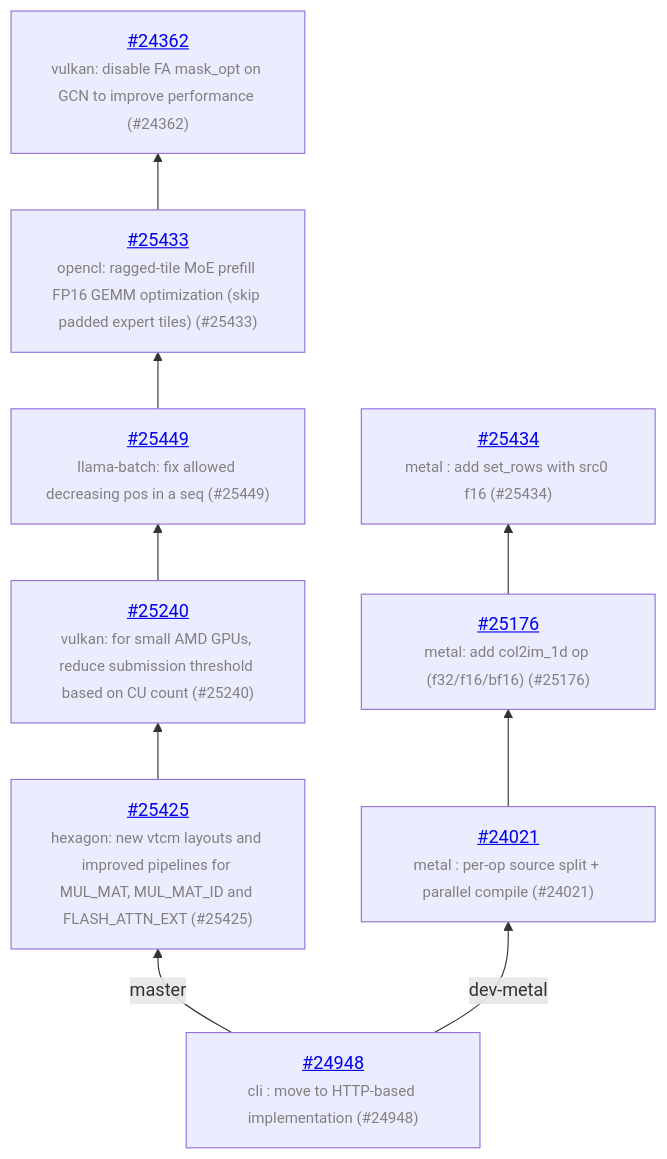
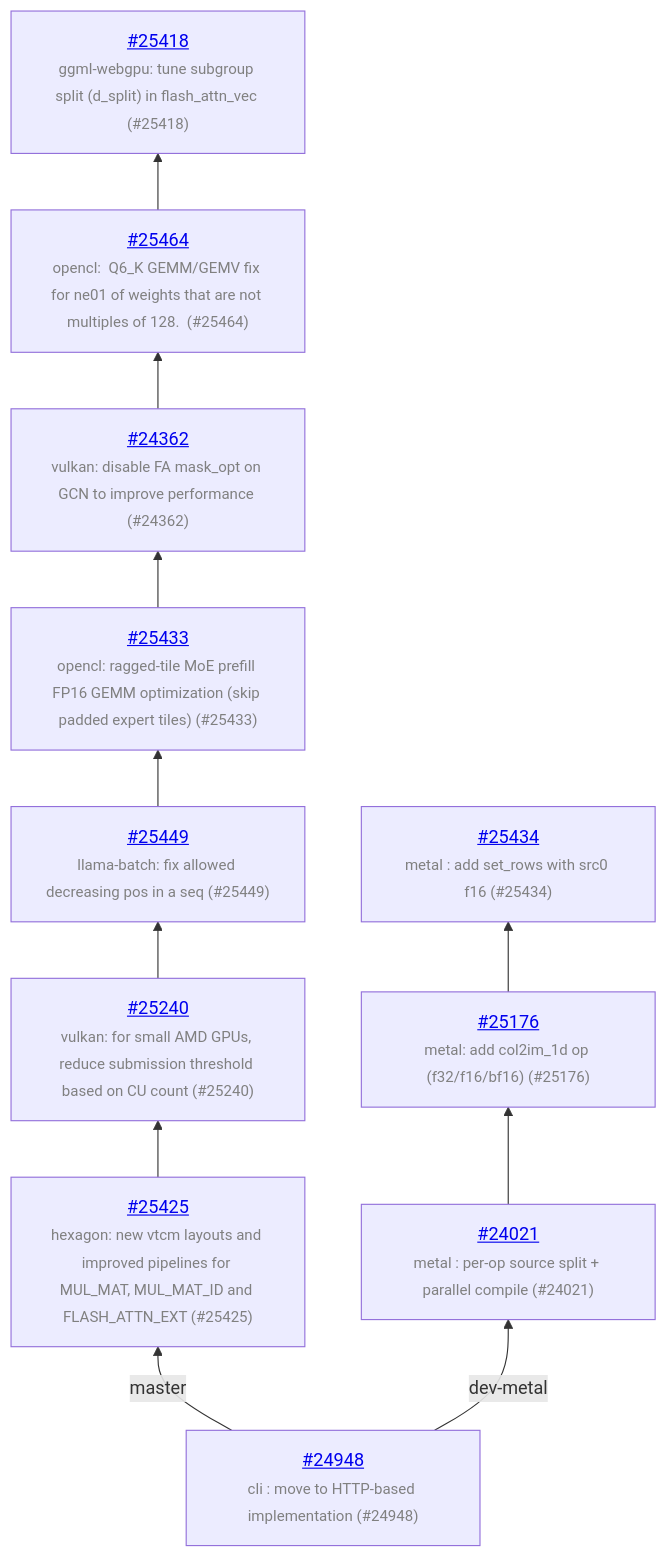
The diagram in README.md (ggml-org/llama.cpp-dev), drawn with Mermaid before and after one commit. The commit also changed other lines of this file and 1 other file, not shown here.

Commit message:
auto: update

````diff
--- a/README.md
+++ b/README.md
@@ -13,20 +13,24 @@
 ```mermaid
 graph BT
     COMMON["<a href='https://github.com/ggml-org/llama.cpp/pull/24948'>#24948</a><br/><span style='font-size:smaller;color:gray'>cli : move to HTTP-based implementation (#24948)</span>"]
     COMMON -->|master| C_81ff7ab
     C_81ff7ab["<a href='https://github.com/ggml-org/llama.cpp/pull/25425'>#25425</a><br/><span style='font-size:smaller;color:gray'>hexagon: new vtcm layouts and improved pipelines for MUL_MAT, MUL_MAT_ID and FLASH_ATTN_EXT (#25425)</span>"]
     C_81ff7ab --> C_0bbc87b
     C_0bbc87b["<a href='https://github.com/ggml-org/llama.cpp/pull/25240'>#25240</a><br/><span style='font-size:smaller;color:gray'>vulkan: for small AMD GPUs, reduce submission threshold based on CU count (#25240)</span>"]
     C_0bbc87b --> C_1ee0939
     C_1ee0939["<a href='https://github.com/ggml-org/llama.cpp/pull/25449'>#25449</a><br/><span style='font-size:smaller;color:gray'>llama-batch: fix allowed decreasing pos in a seq (#25449)</span>"]
     C_1ee0939 --> C_167d057
     C_167d057["<a href='https://github.com/ggml-org/llama.cpp/pull/25433'>#25433</a><br/><span style='font-size:smaller;color:gray'>opencl: ragged-tile MoE prefill FP16 GEMM optimization (skip padded expert tiles) (#25433)</span>"]
     C_167d057 --> C_a646006
     C_a646006["<a href='https://github.com/ggml-org/llama.cpp/pull/24362'>#24362</a><br/><span style='font-size:smaller;color:gray'>vulkan: disable FA mask_opt on GCN to improve performance (#24362)</span>"]
+    C_a646006 --> C_92366df
+    C_92366df["<a href='https://github.com/ggml-org/llama.cpp/pull/25464'>#25464</a><br/><span style='font-size:smaller;color:gray'>opencl:  Q6_K GEMM/GEMV fix for ne01 of weights that are not multiples of 128.  (#25464)</span>"]
+    C_92366df --> C_32e41fa
+    C_32e41fa["<a href='https://github.com/ggml-org/llama.cpp/pull/25418'>#25418</a><br/><span style='font-size:smaller;color:gray'>ggml-webgpu: tune subgroup split (d_split) in flash_attn_vec (#25418)</span>"]
     COMMON -->|dev-metal| C_5dca9f3
     C_5dca9f3["<a href='https://github.com/ggml-org/llama.cpp/pull/24021'>#24021</a><br/><span style='font-size:smaller;color:gray'>metal : per-op source split + parallel compile (#24021)</span>"]
     C_5dca9f3 --> C_400d4bf
     C_400d4bf["<a href='https://github.com/ggml-org/llama.cpp/pull/25176'>#25176</a><br/><span style='font-size:smaller;color:gray'>metal: add col2im_1d op (f32/f16/bf16) (#25176)</span>"]
     C_400d4bf --> C_8cb1ad5
     C_8cb1ad5["<a href='https://github.com/ggml-org/llama.cpp/pull/25434'>#25434</a><br/><span style='font-size:smaller;color:gray'>metal : add set_rows with src0 f16 (#25434)</span>"]
 ```
````
